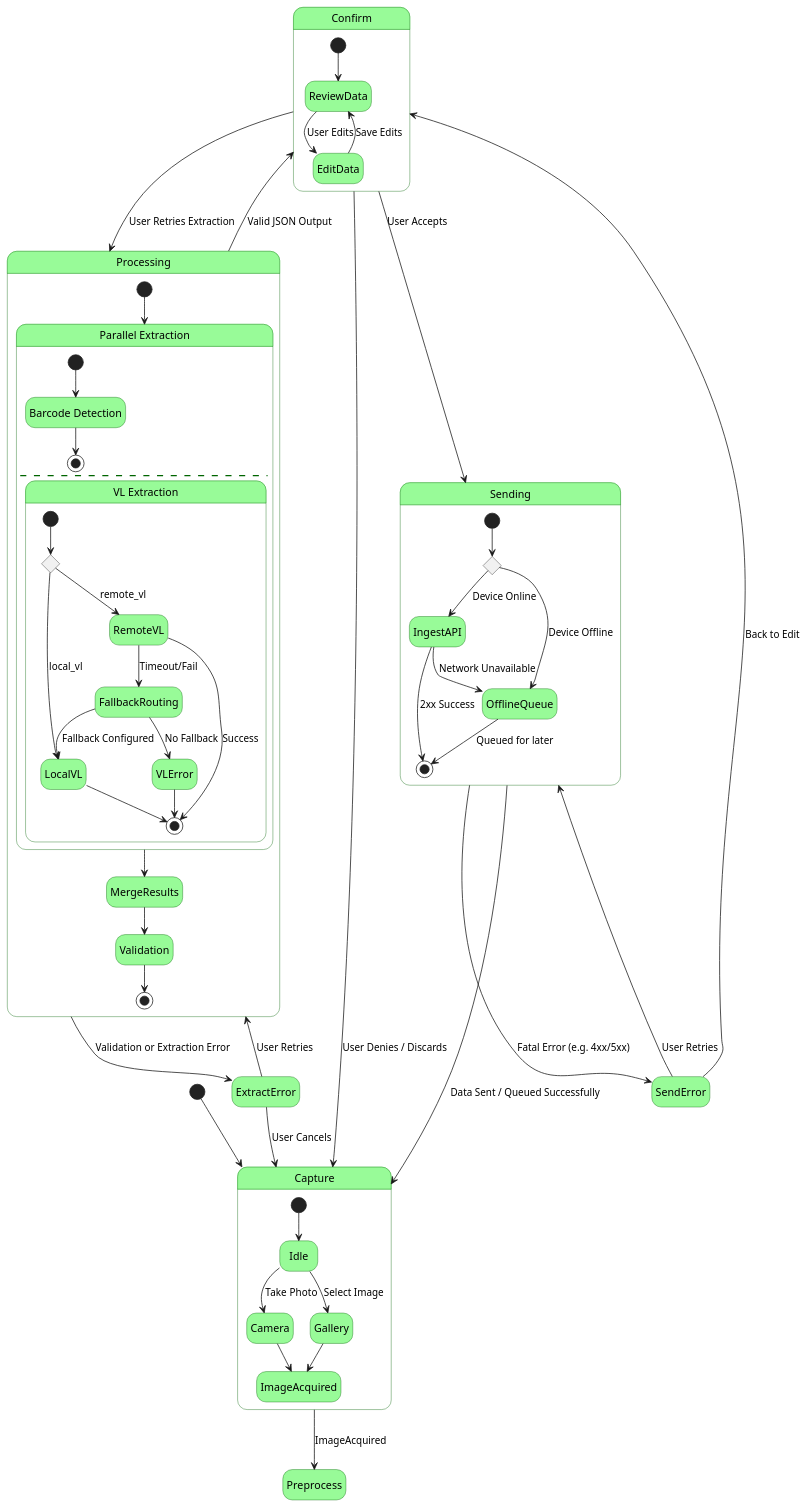
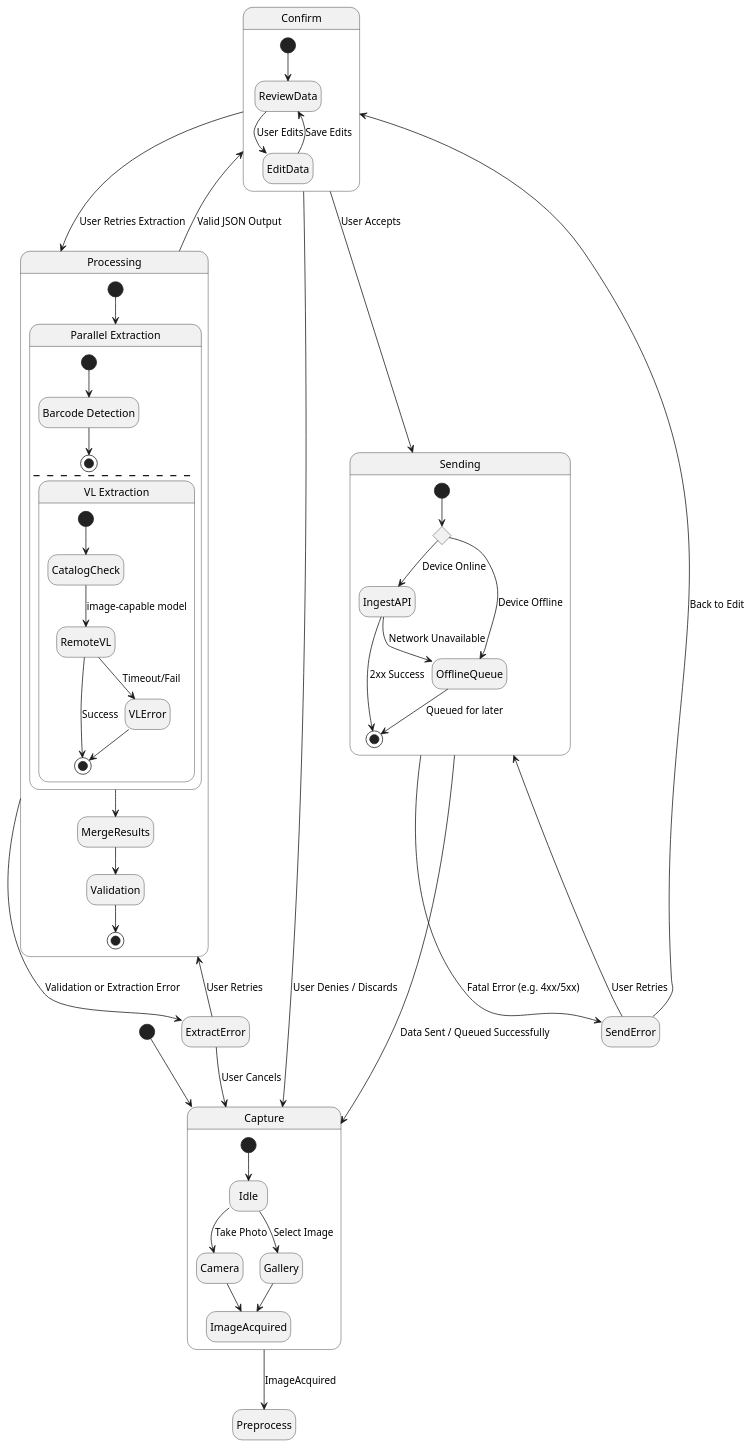
Before and after one commit to SP-SDU/Tolksyn: the diagram in docs/Diagrams/app-state-machine-v2.puml, drawn with PlantUML. The commit also changed 16 other files, not shown here.

```diff
--- a/docs/Diagrams/app-state-machine-v2.puml
+++ b/docs/Diagrams/app-state-machine-v2.puml
@@ -1,85 +1,73 @@
-@startuml App State Machine v2
+@startuml app-state-machine-v2
 hide empty description
-
-skinparam state {
-  BackgroundColor palegreen
-  BorderColor darkgreen
-  FontName sans-serif
-}
 
 [*] --> Capture
 
 state Capture {
   [*] --> Idle
   Idle --> Camera : Take Photo
   Idle --> Gallery : Select Image
   Camera --> ImageAcquired
   Gallery --> ImageAcquired
 }
 
 Capture --> Preprocess : ImageAcquired
 
 state Processing {
   [*] --> ParallelExtract
 
   state "Parallel Extraction" as ParallelExtract {
     state "Barcode Detection" as Barcode
     [*] --> Barcode
     Barcode --> [*]
     
     --
     
     state "VL Extraction" as VLExtract {
-      state route <<choice>>
-      [*] --> route
-      route --> LocalVL : local_vl
-      route --> RemoteVL : remote_vl
-      
-      LocalVL --> [*]
+      [*] --> CatalogCheck
+      CatalogCheck --> RemoteVL : image-capable model
       RemoteVL --> [*] : Success
-      RemoteVL --> FallbackRouting : Timeout/Fail
-      FallbackRouting --> LocalVL : Fallback Configured
-      FallbackRouting --> VLError : No Fallback
+      RemoteVL --> VLError : Timeout/Fail
       VLError --> [*]
     }
   }
   
   ParallelExtract --> MergeResults
   MergeResults --> Validation
   Validation --> [*]
 }
 
 Processing --> Confirm : Valid JSON Output
 Processing --> ExtractError : Validation or Extraction Error
 
 ExtractError --> Processing : User Retries
 ExtractError --> Capture : User Cancels
 
 state Confirm {
   [*] --> ReviewData
   ReviewData --> EditData : User Edits
   EditData --> ReviewData : Save Edits
 }
 
 Confirm --> Sending : User Accepts
 Confirm --> Processing : User Retries Extraction
 Confirm --> Capture : User Denies / Discards
 
 state Sending {
   state network <<choice>>
   [*] --> network
   network --> IngestAPI : Device Online
   network --> OfflineQueue : Device Offline
   
   IngestAPI --> [*] : 2xx Success
   IngestAPI --> OfflineQueue : Network Unavailable
   OfflineQueue --> [*] : Queued for later
 }
 
 Sending --> Capture : Data Sent / Queued Successfully
 Sending --> SendError : Fatal Error (e.g. 4xx/5xx)
 
 SendError --> Sending : User Retries
 SendError --> Confirm : Back to Edit
 
 @enduml
```
